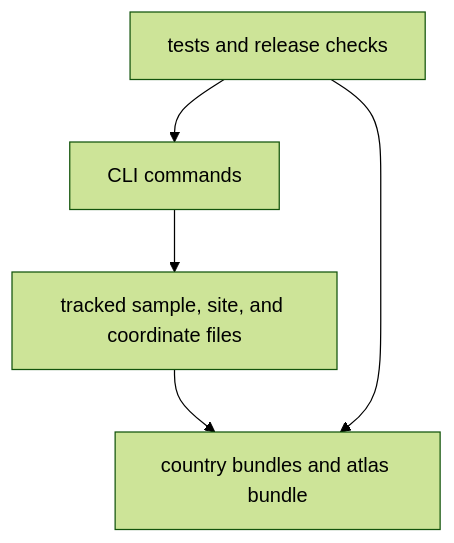
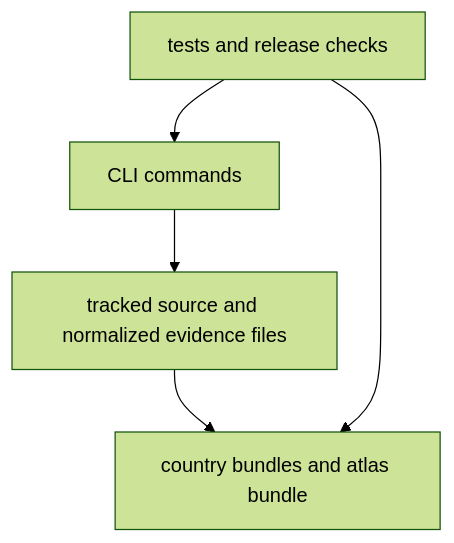
The diagram in docs/01-bijux-pollenomics/index.md (bijux/bijux-pollenomics), drawn with Mermaid (forest theme) before and after one commit. The commit also changed other lines of this file and 27 other files, not shown here.

````diff
--- a/docs/01-bijux-pollenomics/index.md
+++ b/docs/01-bijux-pollenomics/index.md
@@ -27,12 +28,12 @@
 ```mermaid
 flowchart TB
     commands["CLI commands"]
-    tracked["tracked sample, site, and coordinate files"]
+    tracked["tracked source and normalized evidence files"]
     bundles["country bundles and atlas bundle"]
     review["tests and release checks"]
 
     commands --> tracked
     tracked --> bundles
     review --> commands
     review --> bundles
 ```
````
